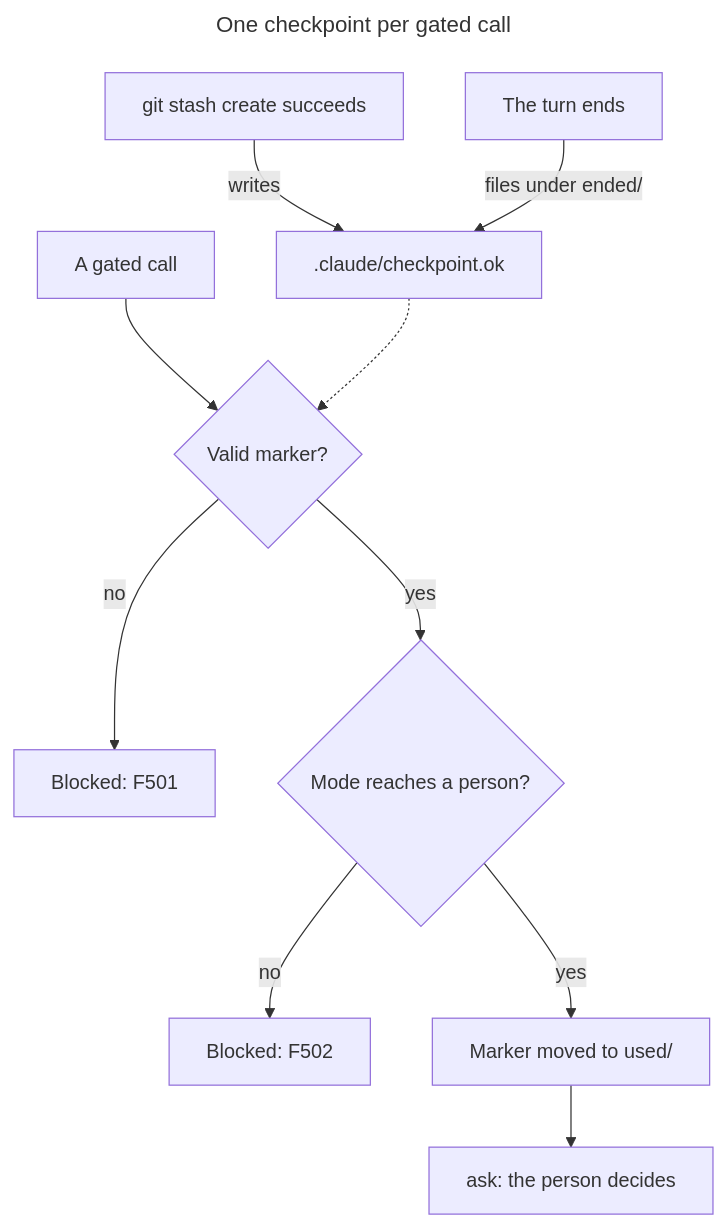
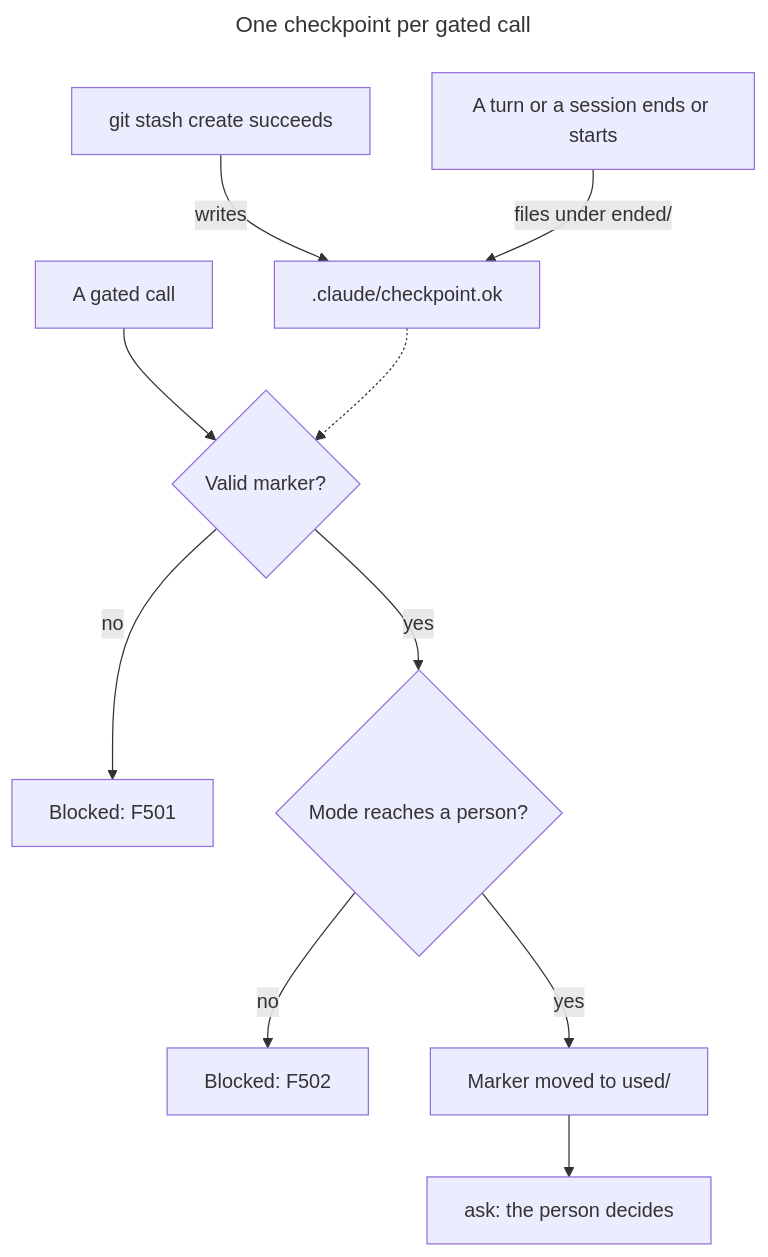
The second of 3 diagrams in hooks/README.md (synaptiai/agent-capability-standard), drawn with Mermaid before and after one commit. The commit also changed other lines of this file and 23 other files, not shown here.

````diff
--- a/hooks/README.md
+++ b/hooks/README.md
@@ -216,16 +302,16 @@
 ```mermaid
 ---
 title: One checkpoint per gated call
 ---
 flowchart TB
-  accDescr: A successful git stash create writes the marker; a gated call that finds a valid marker in a mode that reaches a person moves it into the used directory and asks for approval; without a valid marker it is blocked with F501; the end of a turn files the marker under the ended directory, where a rollback can still restore its commit.
+  accDescr: A successful git stash create writes the marker; a gated call that finds a valid marker in a mode that reaches a person moves it into the used directory and asks for approval; without a valid marker it is blocked with F501; the end or start of a turn or a session files the marker under the ended directory, and a rollback can still restore its commit.
   s["git stash create succeeds"] -->|writes| m[".claude/checkpoint.ok"]
   c["A gated call"] --> q{"Valid marker?"}
   m -.-> q
   q -->|no| f501["Blocked: F501"]
   q -->|yes| mode{"Mode reaches a person?"}
   mode -->|no| f502["Blocked: F502"]
   mode -->|yes| used["Marker moved to used/"]
   used --> ask["ask: the person decides"]
-  stop["The turn ends"] -->|"files under ended/"| m
+  stop["A turn or a session ends or starts"] -->|"files under ended/"| m
 ```
````
